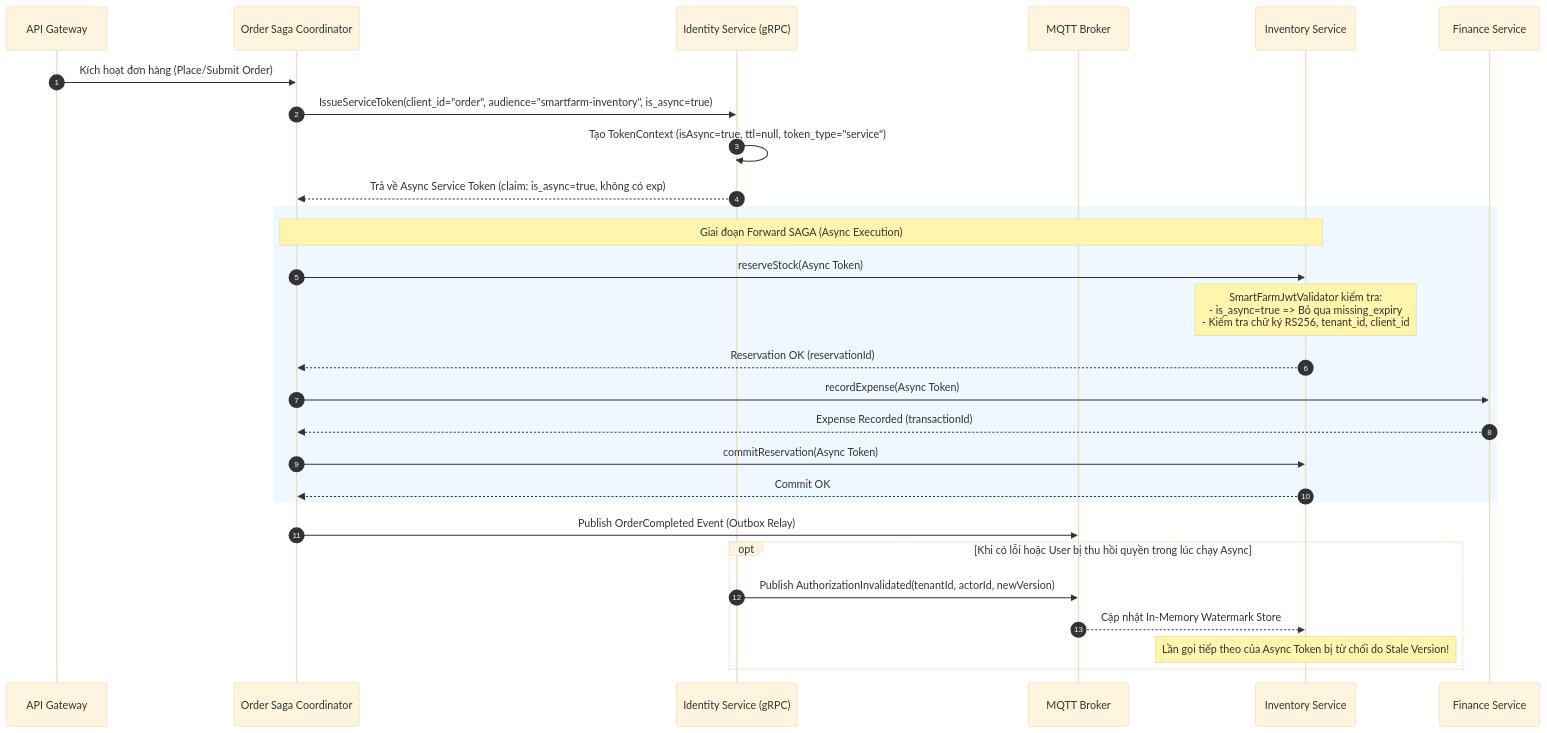
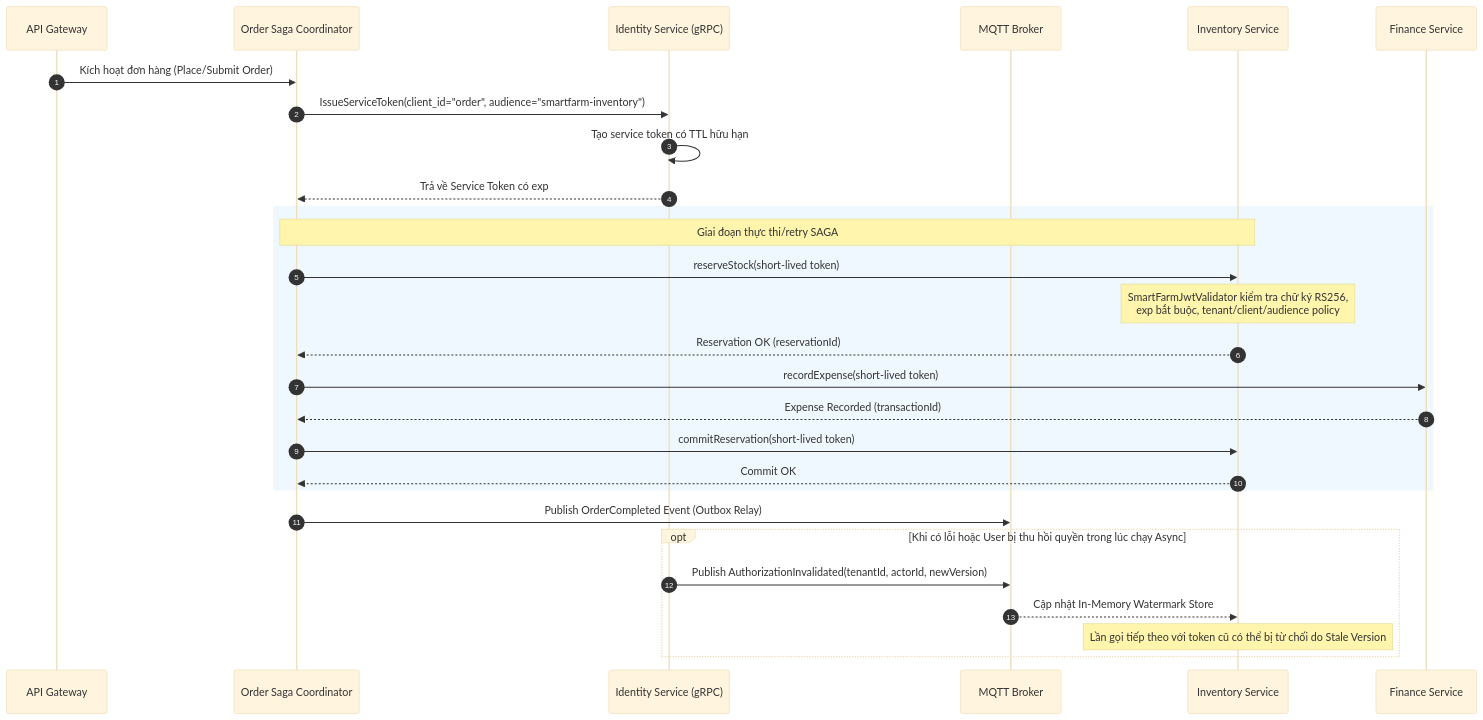
One commit to hatrongvu13/smartfarm-platform-maven-starter changed the third of 3 diagrams in docs/security/security-architecture.md. Above: the diagram before and after it, drawn with Mermaid (base theme). The commit also changed other lines of this file and 80 other files, not shown here.

````diff
--- a/docs/security/security-architecture.md
+++ b/docs/security/security-architecture.md
@@ -93,36 +93,36 @@
 ```mermaid
 sequenceDiagram
     autonumber
     participant GW as API Gateway
     participant TX as Order Saga Coordinator
     participant ID as Identity Service (gRPC)
     participant MQTT as MQTT Broker
     participant INV as Inventory Service
     participant FIN as Finance Service
 
     GW->>TX: Kích hoạt đơn hàng (Place/Submit Order)
-    TX->>ID: IssueServiceToken(client_id="order", audience="smartfarm-inventory", is_async=true)
-    ID->>ID: Tạo TokenContext (isAsync=true, ttl=null, token_type="service")
-    ID-->>TX: Trả về Async Service Token (claim: is_async=true, không có exp)
+    TX->>ID: IssueServiceToken(client_id="order", audience="smartfarm-inventory")
+    ID->>ID: Tạo service token có TTL hữu hạn
+    ID-->>TX: Trả về Service Token có exp
 
     rect rgb(240, 248, 255)
-        Note over TX,INV: Giai đoạn Forward SAGA (Async Execution)
-        TX->>INV: reserveStock(Async Token)
-        Note over INV: SmartFarmJwtValidator kiểm tra:<br/>- is_async=true => Bỏ qua missing_expiry<br/>- Kiểm tra chữ ký RS256, tenant_id, client_id
+        Note over TX,INV: Giai đoạn thực thi/retry SAGA
+        TX->>INV: reserveStock(short-lived token)
+        Note over INV: SmartFarmJwtValidator kiểm tra chữ ký RS256,<br/>exp bắt buộc, tenant/client/audience policy
         INV-->>TX: Reservation OK (reservationId)
 
-        TX->>FIN: recordExpense(Async Token)
+        TX->>FIN: recordExpense(short-lived token)
         FIN-->>TX: Expense Recorded (transactionId)
 
-        TX->>INV: commitReservation(Async Token)
+        TX->>INV: commitReservation(short-lived token)
         INV-->>TX: Commit OK
     end
 
     TX->>MQTT: Publish OrderCompleted Event (Outbox Relay)
     
     opt Khi có lỗi hoặc User bị thu hồi quyền trong lúc chạy Async
         ID->>MQTT: Publish AuthorizationInvalidated(tenantId, actorId, newVersion)
         MQTT-->>INV: Cập nhật In-Memory Watermark Store
-        Note over INV: Lần gọi tiếp theo của Async Token bị từ chối do Stale Version!
+        Note over INV: Lần gọi tiếp theo với token cũ có thể bị từ chối do Stale Version
     end
 ```
````
